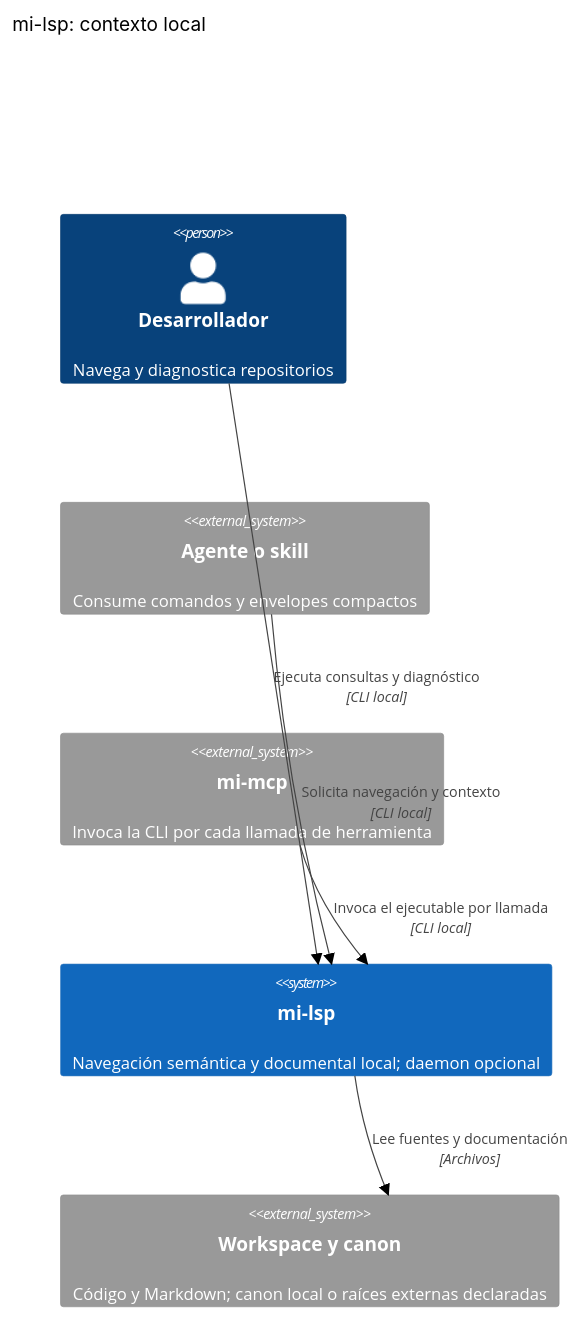
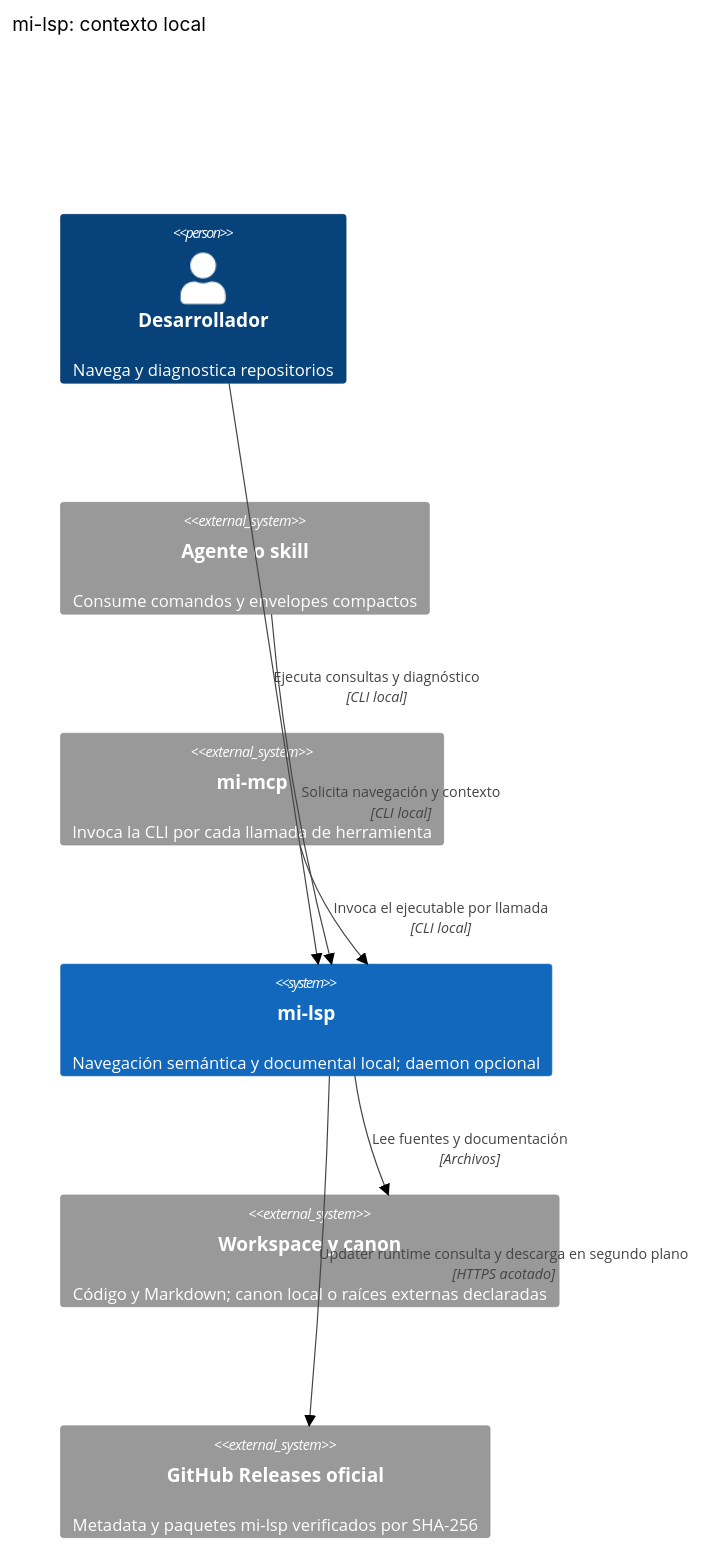
The first of 4 diagrams in .docs/wiki/03_architecture.md (fgpaz/mi-lsp), drawn with Mermaid (neutral theme) before and after one commit. The commit also changed other lines of this file and 2 other files, not shown here.

Commit message:
fix: retry deferred update with cached metadata at idle

````diff
--- a/.docs/wiki/03_architecture.md
+++ b/.docs/wiki/03_architecture.md
@@ -17,13 +17,15 @@
 ```mermaid
 C4Context
     title mi-lsp: contexto local
     Person(developer, "Desarrollador", "Navega y diagnostica repositorios")
     System_Ext(agent, "Agente o skill", "Consume comandos y envelopes compactos")
     System_Ext(gateway, "mi-mcp", "Invoca la CLI por cada llamada de herramienta")
     System(milsp, "mi-lsp", "Navegación semántica y documental local; daemon opcional")
     System_Ext(workspace, "Workspace y canon", "Código y Markdown; canon local o raíces externas declaradas")
+    System_Ext(releases, "GitHub Releases oficial", "Metadata y paquetes mi-lsp verificados por SHA-256")
     Rel(developer, milsp, "Ejecuta consultas y diagnóstico", "CLI local")
     Rel(agent, milsp, "Solicita navegación y contexto", "CLI local")
     Rel(gateway, milsp, "Invoca el ejecutable por llamada", "CLI local")
     Rel(milsp, workspace, "Lee fuentes y documentación", "Archivos")
+    Rel(milsp, releases, "Updater runtime consulta y descarga en segundo plano", "HTTPS acotado")
 ```
````
